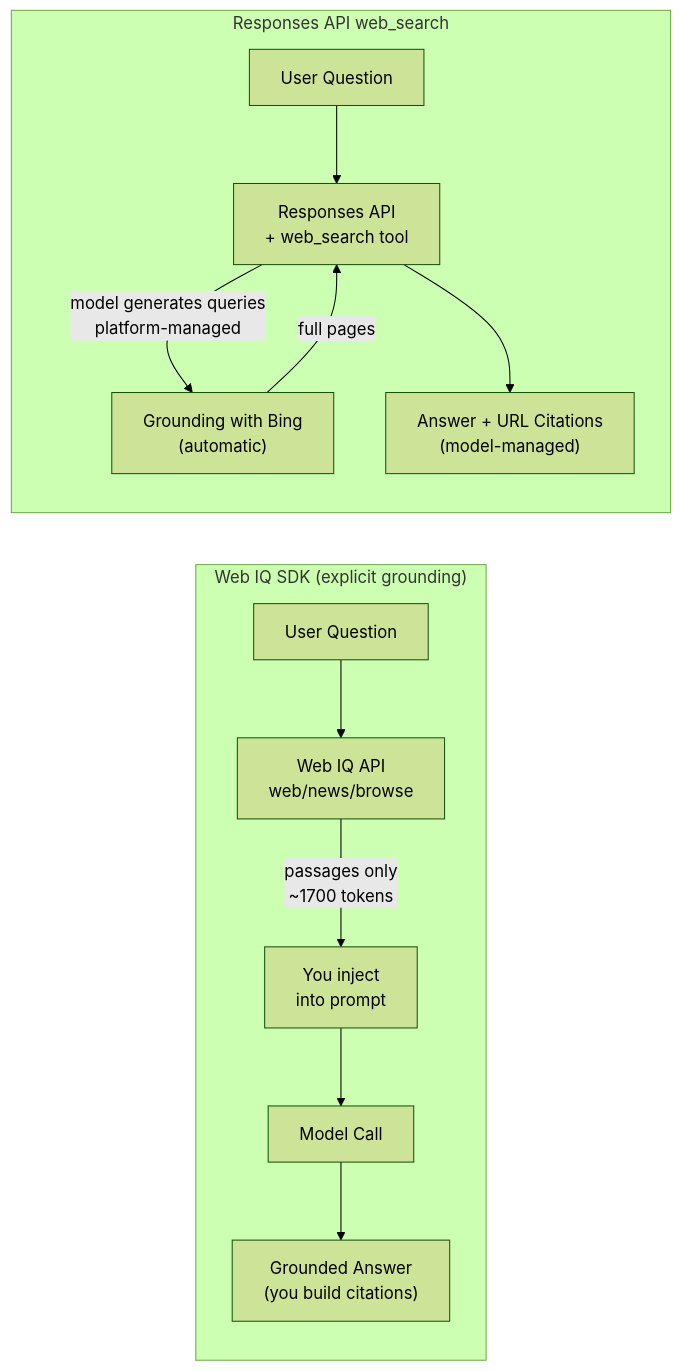
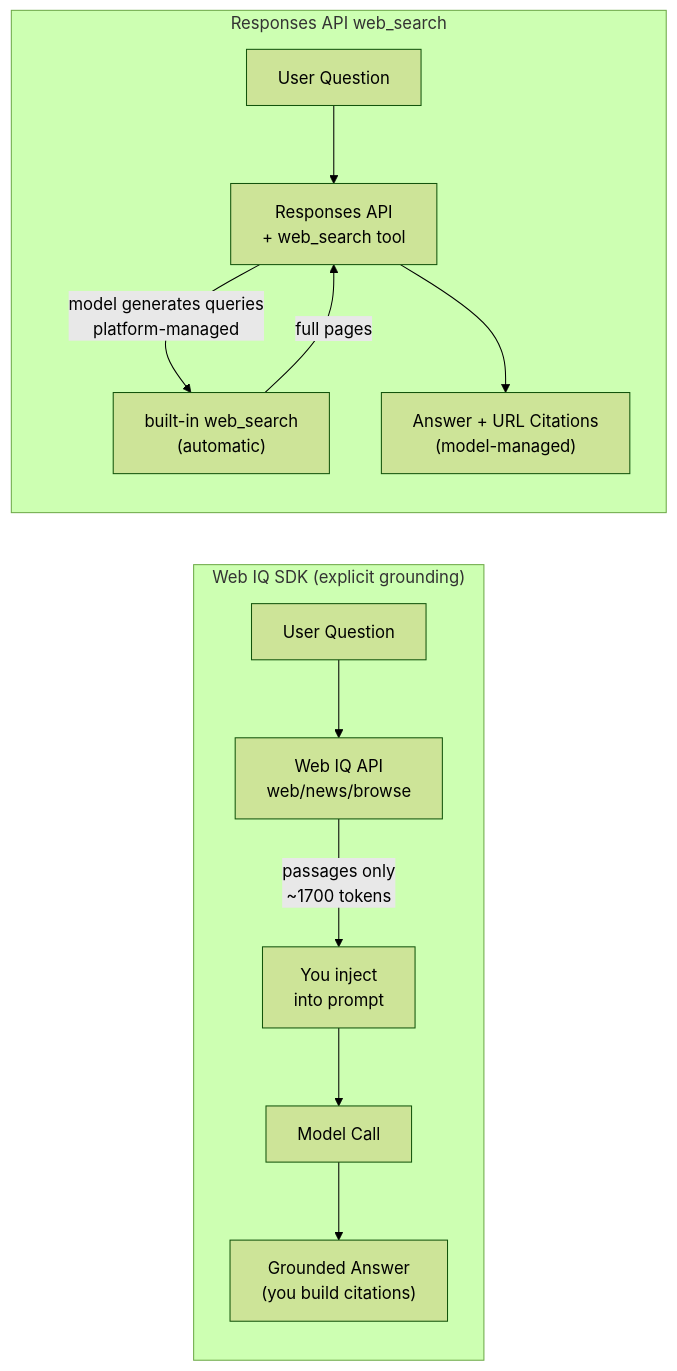
The diagram in docs/07-web-iq.md (beyondelastic/foundry-advanced-workshop), drawn with Mermaid (forest theme) before and after one commit. The commit also changed other lines of this file and 4 other files, not shown here.

Commit message:
Update workshop documentation and examples: enhance content coverage, update model deployment name to gpt-5-mini, and clarify prerequisites for Web IQ.

````diff
--- a/docs/07-web-iq.md
+++ b/docs/07-web-iq.md
@@ -21,16 +27,16 @@
 ```mermaid
 flowchart LR
     subgraph WebIQ["Web IQ SDK (explicit grounding)"]
         Q1["User Question"] --> WIQ["Web IQ API<br/>web/news/browse"]
         WIQ -->|"passages only<br/>~1700 tokens"| INJ["You inject<br/>into prompt"]
         INJ --> M1["Model Call"]
         M1 --> A1["Grounded Answer<br/>(you build citations)"]
     end
 
     subgraph WebSearch["Responses API web_search"]
         Q2["User Question"] --> R["Responses API<br/>+ web_search tool"]
-        R -->|"model generates queries<br/>platform-managed"| WS["Grounding with Bing<br/>(automatic)"]
+        R -->|"model generates queries<br/>platform-managed"| WS["built-in web_search<br/>(automatic)"]
         WS -->|"full pages"| R
         R --> A2["Answer + URL Citations<br/>(model-managed)"]
     end
 ```
````
